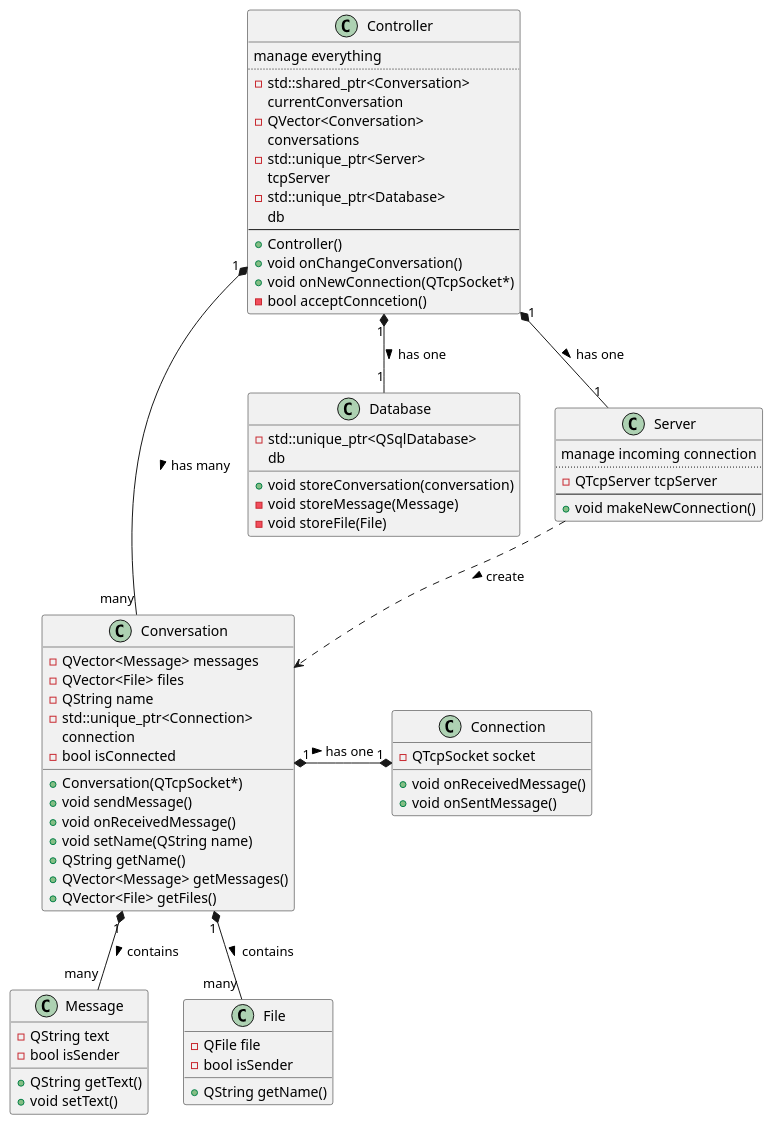
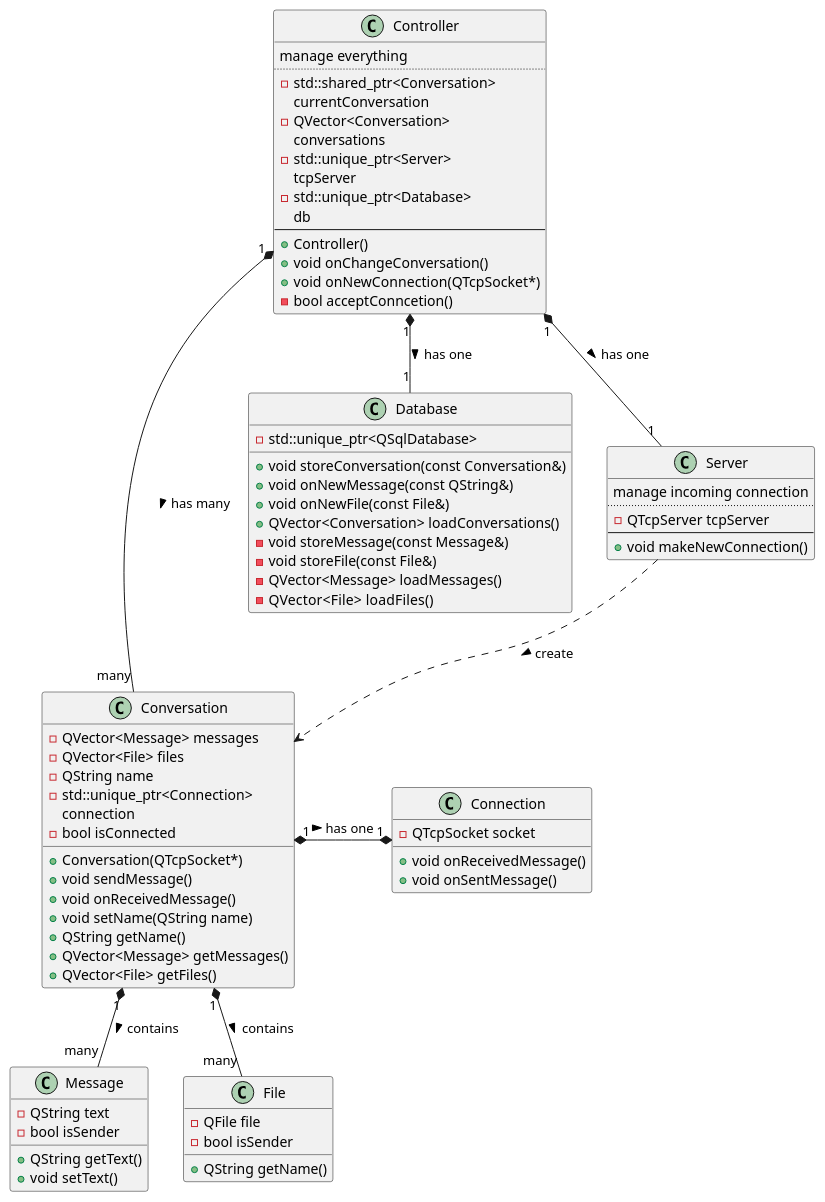
One commit to dstopka/p2p-communicator changed the diagram in uml/diagram.puml. Above: the diagram before and after it, drawn with PlantUML. The commit also changed 4 other files, not shown here.

```diff
--- a/uml/diagram.puml
+++ b/uml/diagram.puml
@@ -2,88 +2,92 @@
 @startuml
 
 class Controller
 class Database
 class Conversation
 class Message
 class Server
 class Connection
 class File
 
 Controller "1" *-- "many" Conversation : has many >
 Controller "1" *-- "1" Database : has one >
 Controller "1" *-- "1" Server : has one >
 Conversation "1" *-- "many" Message : contains >
 Conversation "1" *-- "many" File : contains >
 Server ..> Conversation : create >
 Conversation "1" *-* "1" Connection : has one >
 
 class Controller {
 manage everything
 ..
 -std::shared_ptr<Conversation>
 currentConversation
 -QVector<Conversation>
 conversations
 -std::unique_ptr<Server>
 tcpServer
 -std::unique_ptr<Database>
 db
 --
 +Controller()
 +void onChangeConversation()
 +void onNewConnection(QTcpSocket*)
 -bool acceptConncetion()
 }
 
 class Conversation {
 +Conversation(QTcpSocket*)
 +void sendMessage()
 +void onReceivedMessage()
 +void setName(QString name)
 +QString getName()
 +QVector<Message> getMessages()
 +QVector<File> getFiles()
 -QVector<Message> messages
 -QVector<File> files
 -QString name
 -std::unique_ptr<Connection>
 connection
 -bool isConnected
 }
 
 class Message {
 +QString getText()
 +void setText()
 -QString text
 -bool isSender
 }
 
 class Server {
 manage incoming connection
 ..
 -QTcpServer tcpServer
 --
 +void makeNewConnection()
 }
 
 class Connection {
 +void onReceivedMessage()
 +void onSentMessage()
 -QTcpSocket socket
 }
 
 class File {
 +QString getName()
 -QFile file
 -bool isSender
 }
 
 class Database {
 -std::unique_ptr<QSqlDatabase>
-db
-+void storeConversation(conversation)
--void storeMessage(Message)
--void storeFile(File)
++void storeConversation(const Conversation&)
++void onNewMessage(const QString&)
++void onNewFile(const File&)
++QVector<Conversation> loadConversations()
+-void storeMessage(const Message&)
+-void storeFile(const File&)
+-QVector<Message> loadMessages()
+-QVector<File>  loadFiles()
 }
 
 @enduml
```
